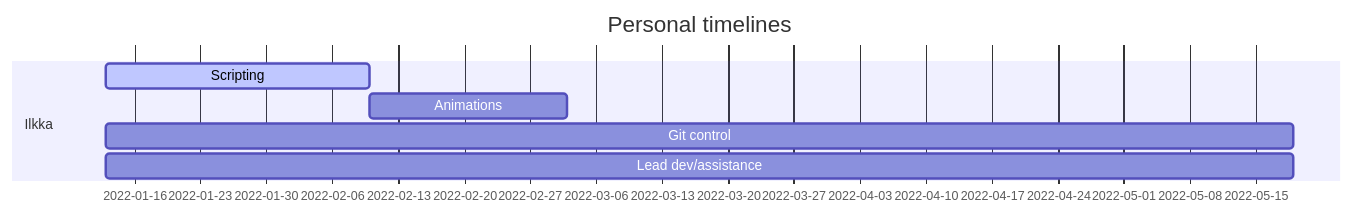
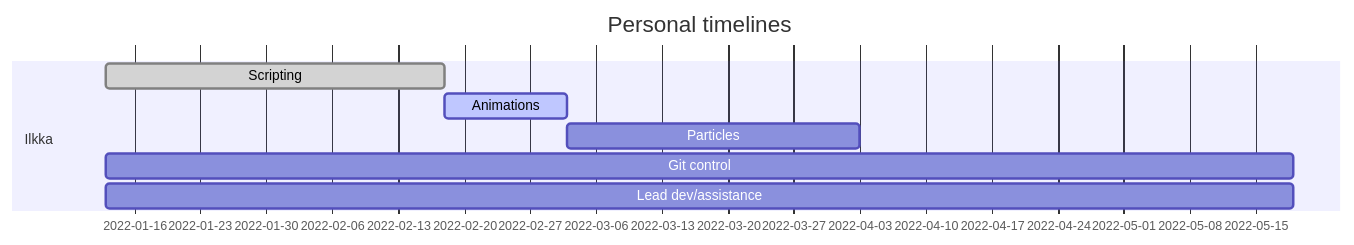
One commit to IlkkaTakala/Eril-Engine changed the second of 3 diagrams in docs/ProjectPlan.md. Above: the diagram before and after it, drawn with Mermaid. The commit also changed other lines of this file and 1 other file, not shown here.

````diff
--- a/docs/ProjectPlan.md
+++ b/docs/ProjectPlan.md
@@ -70,11 +71,12 @@
 ```mermaid
 gantt
 dateFormat  DD-MM
 title Personal timelines
 
 section Ilkka
-Scripting               :active,    ides1, 13-01, 10-02
-Animations              :           ides2, after ides1, 03-03
+Scripting               :done,      ides1, 13-01, 18-02
+Animations              :active,    ides2, after ides1, 03-03
+Particles               :           ides5, after ides2, 03-04
 Git control             :           ides3, 13-01, 18w
 Lead dev/assistance     :           ides4, 13-01, 18w
 ```
````
